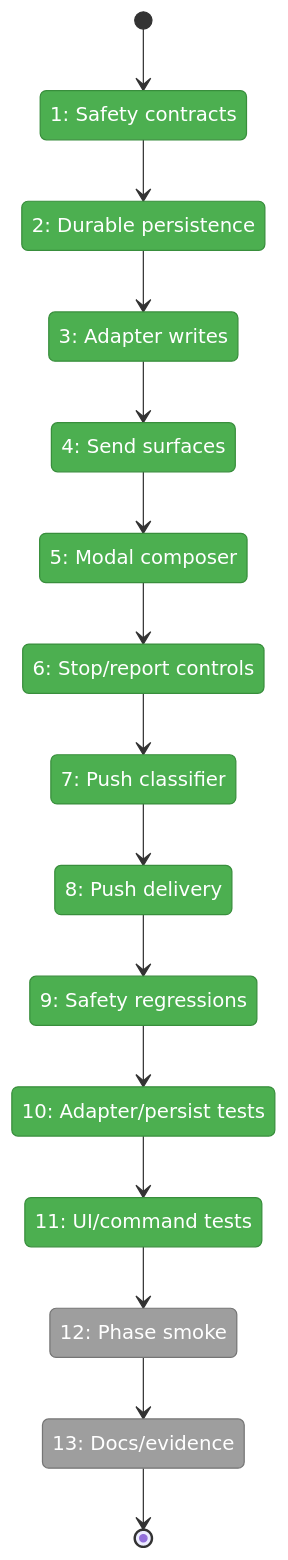
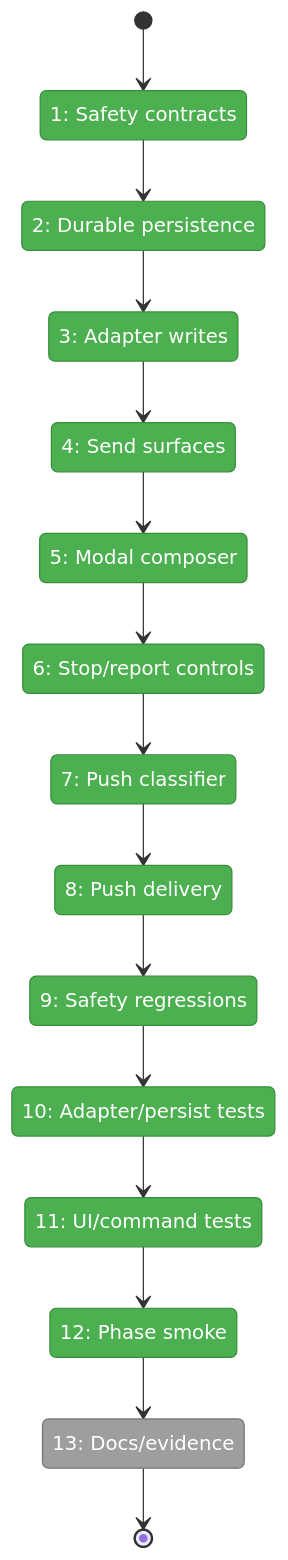
Before and after one commit to vaughanknight/pij: the first of 2 diagrams in docs/plans/007-options-for-pi-extensions-that-do-subagents/tasks/phase-3-interaction-push-context-and-hardening/tasks.fltplan.md, drawn with Mermaid. The commit also changed other lines of this file and 4 other files, not shown here.

````diff
--- a/docs/plans/007-options-for-pi-extensions-that-do-subagents/tasks/phase-3-interaction-push-context-and-hardening/tasks.fltplan.md
+++ b/docs/plans/007-options-for-pi-extensions-that-do-subagents/tasks/phase-3-interaction-push-context-and-hardening/tasks.fltplan.md
@@ -43,39 +43,39 @@
 ```mermaid
 stateDiagram-v2
     classDef pending fill:#9E9E9E,stroke:#757575,color:#fff
     classDef active fill:#FFC107,stroke:#FFA000,color:#000
     classDef done fill:#4CAF50,stroke:#388E3C,color:#fff
     classDef blocked fill:#F44336,stroke:#D32F2F,color:#fff
 
     state "1: Safety contracts" as S1
     state "2: Durable persistence" as S2
     state "3: Adapter writes" as S3
     state "4: Send surfaces" as S4
     state "5: Modal composer" as S5
     state "6: Stop/report controls" as S6
     state "7: Push classifier" as S7
     state "8: Push delivery" as S8
     state "9: Safety regressions" as S9
     state "10: Adapter/persist tests" as S10
     state "11: UI/command tests" as S11
     state "12: Phase smoke" as S12
     state "13: Docs/evidence" as S13
 
     [*] --> S1
     S1 --> S2
     S2 --> S3
     S3 --> S4
     S4 --> S5
     S5 --> S6
     S6 --> S7
     S7 --> S8
     S8 --> S9
     S9 --> S10
     S10 --> S11
     S11 --> S12
     S12 --> S13
     S13 --> [*]
 
-    class S1,S2,S3,S4,S5,S6,S7,S8,S9,S10,S11 done
-    class S12,S13 pending
+    class S1,S2,S3,S4,S5,S6,S7,S8,S9,S10,S11,S12 done
+    class S13 pending
 ```
````
